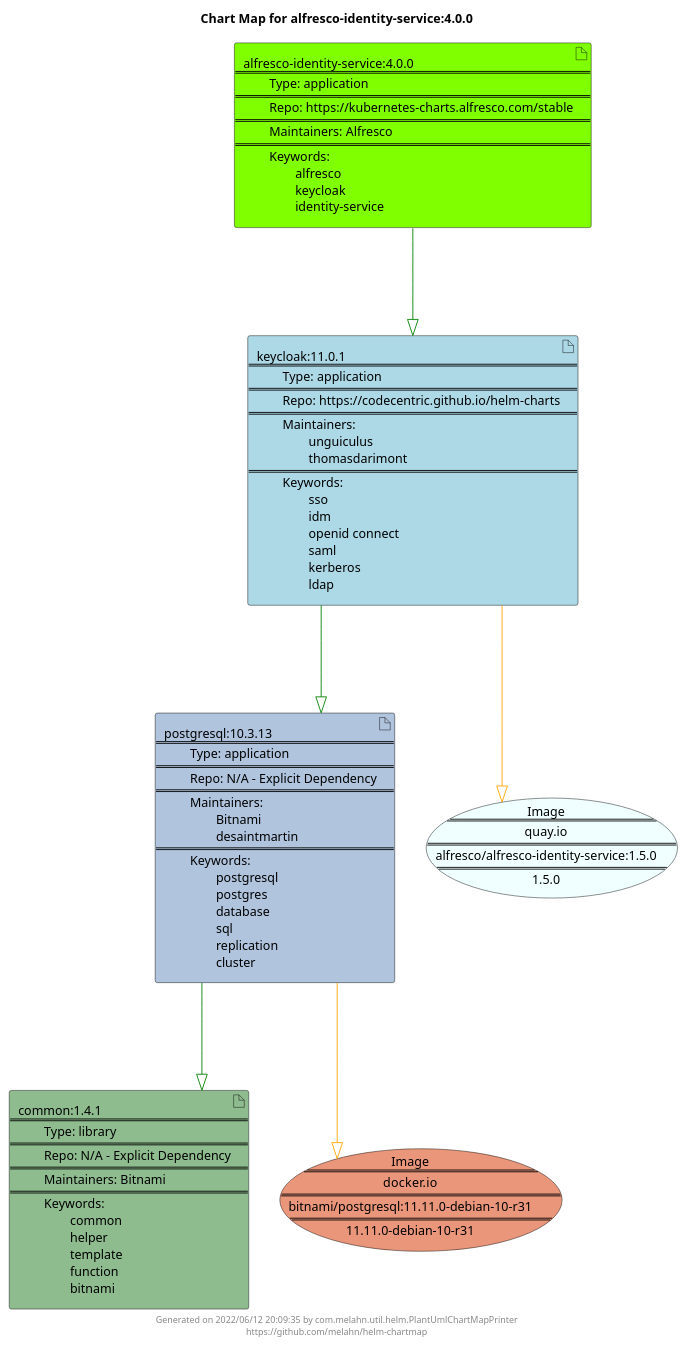
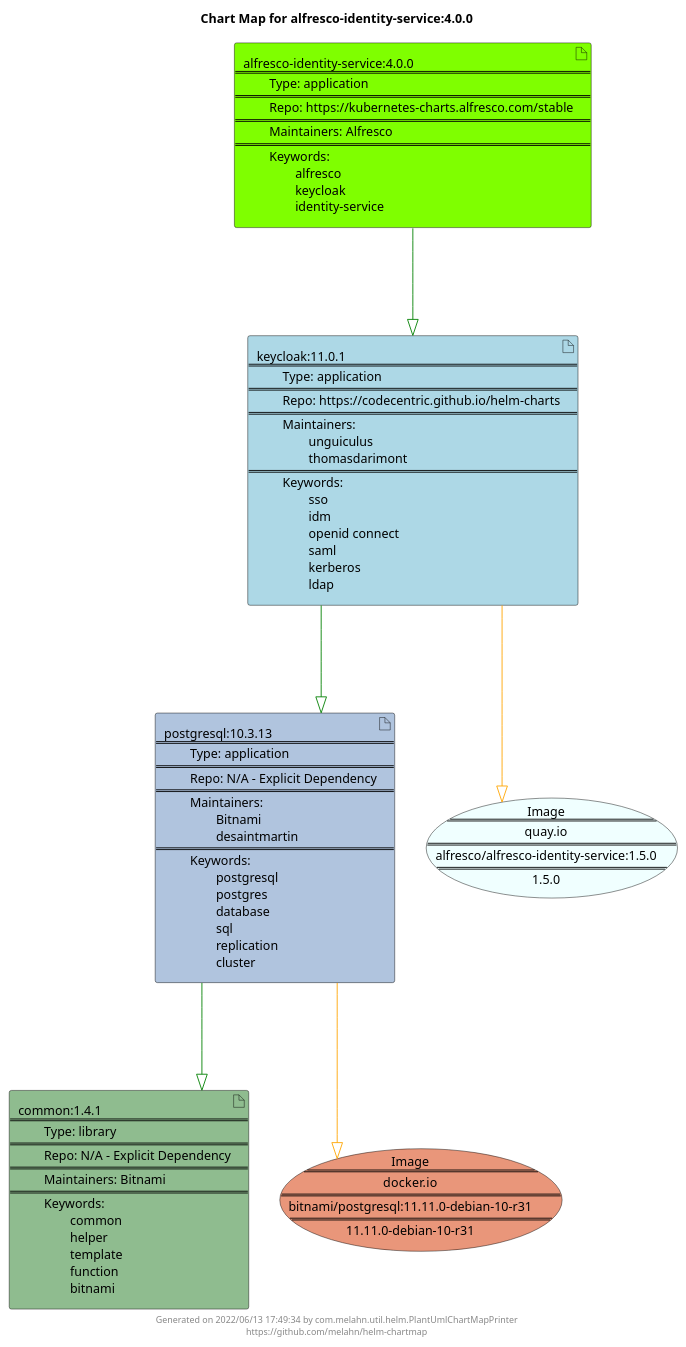
One commit to melahn/helm-chartmap changed the diagram in docs/alfresco-identity-service/alfresco-identity-service-4.0.0.puml. Above: the diagram before and after it, drawn with PlantUML. The commit also changed 59 other files, not shown here.

Commit message:
Update Example Chart Maps as part of GitHub build

```diff
--- a/docs/alfresco-identity-service/alfresco-identity-service-4.0.0.puml
+++ b/docs/alfresco-identity-service/alfresco-identity-service-4.0.0.puml
@@ -1,29 +1,29 @@
 @startuml
 skinparam linetype ortho
 skinparam backgroundColor white
 skinparam usecaseBorderColor black
 skinparam usecaseArrowColor LightSlateGray
 skinparam artifactBorderColor black
 skinparam artifactArrowColor LightSlateGray
 
 title Chart Map for alfresco-identity-service:4.0.0
 
 'There are 4 referenced Helm Charts
 artifact "common:1.4.1\n====\n\tType: library\n====\n\tRepo: N/A - Explicit Dependency\n====\n\tMaintainers: Bitnami\n====\n\tKeywords: \n\t\tcommon\n\t\thelper\n\t\ttemplate\n\t\tfunction\n\t\tbitnami" as common_1_4_1 #DarkSeaGreen
 artifact "alfresco-identity-service:4.0.0\n====\n\tType: application\n====\n\tRepo: https://kubernetes-charts.alfresco.com/stable\n====\n\tMaintainers: Alfresco\n====\n\tKeywords: \n\t\talfresco\n\t\tkeycloak\n\t\tidentity-service" as alfresco_identity_service_4_0_0 #Chartreuse
 artifact "postgresql:10.3.13\n====\n\tType: application\n====\n\tRepo: N/A - Explicit Dependency\n====\n\tMaintainers: \n\t\tBitnami\n\t\tdesaintmartin\n====\n\tKeywords: \n\t\tpostgresql\n\t\tpostgres\n\t\tdatabase\n\t\tsql\n\t\treplication\n\t\tcluster" as postgresql_10_3_13 #LightSteelBlue
 artifact "keycloak:11.0.1\n====\n\tType: application\n====\n\tRepo: https://codecentric.github.io/helm-charts\n====\n\tMaintainers: \n\t\tunguiculus\n\t\tthomasdarimont\n====\n\tKeywords: \n\t\tsso\n\t\tidm\n\t\topenid connect\n\t\tsaml\n\t\tkerberos\n\t\tldap" as keycloak_11_0_1 #LightBlue
 
 'There are 2 referenced Docker Images
 usecase "Image\n====\nquay.io\n====\nalfresco/alfresco-identity-service:1.5.0\n====\n1.5.0" as quay_io_alfresco_alfresco_identity_service_1_5_0 #Azure
 usecase "Image\n====\ndocker.io\n====\nbitnami/postgresql:11.11.0-debian-10-r31\n====\n11.11.0-debian-10-r31" as docker_io_bitnami_postgresql_11_11_0_debian_10_r31 #DarkSalmon
 
 'Chart Dependencies
 alfresco_identity_service_4_0_0--[#green]-|>keycloak_11_0_1
 keycloak_11_0_1--[#green]-|>postgresql_10_3_13
 postgresql_10_3_13--[#green]-|>common_1_4_1
 postgresql_10_3_13--[#orange]-|>docker_io_bitnami_postgresql_11_11_0_debian_10_r31
 keycloak_11_0_1--[#orange]-|>quay_io_alfresco_alfresco_identity_service_1_5_0
 
-center footer Generated on 2022/06/12 20:09:35 by com.melahn.util.helm.PlantUmlChartMapPrinter\nhttps://github.com/melahn/helm-chartmap
+center footer Generated on 2022/06/13 17:49:34 by com.melahn.util.helm.PlantUmlChartMapPrinter\nhttps://github.com/melahn/helm-chartmap
 @enduml
```
